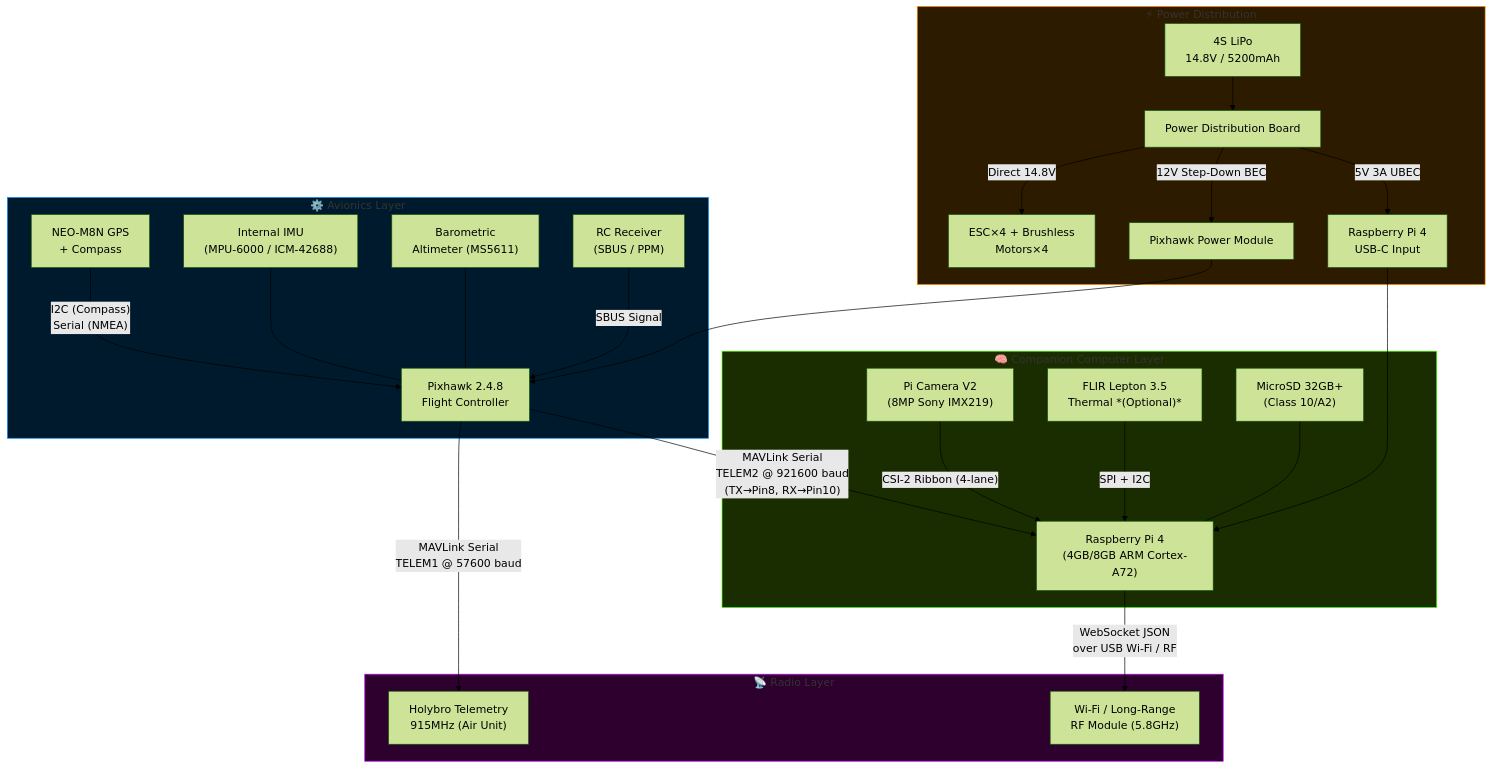
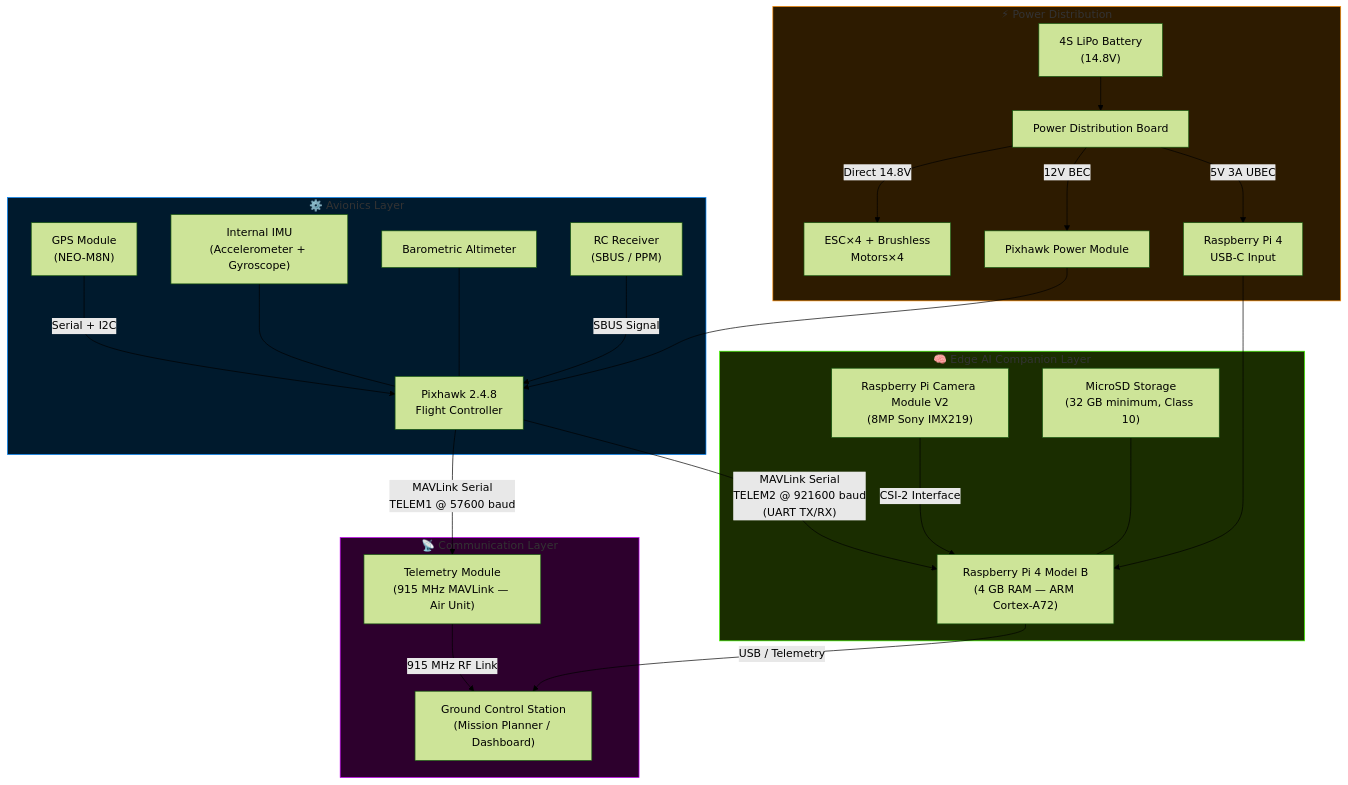
One commit to basiljosephdev/Edge-AI-Based-UAV-for-Intelligent-Fire-Detection-Victim-Prioritization changed the second of 4 diagrams in Architecture.md. Above: the diagram before and after it, drawn with Mermaid (forest theme). The commit also changed other lines of this file, not shown here.

First line of the commit message:
docs: rewrite Architecture.md to v2.0 with CVPE as primary contribution

````diff
--- a/Architecture.md
+++ b/Architecture.md
@@ -74,41 +101,40 @@
 ```mermaid
 graph TD
     subgraph POWER["⚡ Power Distribution"]
-        BAT["4S LiPo\n14.8V / 5200mAh"] --> PDB["Power Distribution Board"]
+        BAT["4S LiPo Battery\n(14.8V)"] --> PDB["Power Distribution Board"]
         PDB -->|"Direct 14.8V"| ESC["ESC×4 + Brushless\nMotors×4"]
-        PDB -->|"12V Step-Down BEC"| PIX_PWR["Pixhawk Power Module"]
+        PDB -->|"12V BEC"| PIX_PWR["Pixhawk Power Module"]
         PDB -->|"5V 3A UBEC"| PI_PWR["Raspberry Pi 4\nUSB-C Input"]
     end
 
     subgraph AVIONICS["⚙️ Avionics Layer"]
         PIX["Pixhawk 2.4.8\nFlight Controller"]
-        GPS_MOD["NEO-M8N GPS\n+ Compass"] -->|"I2C (Compass)\nSerial (NMEA)"| PIX
-        IMU["Internal IMU\n(MPU-6000 / ICM-42688)"] --- PIX
-        BAR["Barometric\nAltimeter (MS5611)"] --- PIX
+        GPS_MOD["GPS Module\n(NEO-M8N)"] -->|"Serial + I2C"| PIX
+        IMU["Internal IMU\n(Accelerometer + Gyroscope)"] --- PIX
+        BAR["Barometric Altimeter"] --- PIX
         RCX["RC Receiver\n(SBUS / PPM)"] -->|"SBUS Signal"| PIX
         PIX_PWR --> PIX
     end
 
-    subgraph COMPANION["🧠 Companion Computer Layer"]
-        RPI["Raspberry Pi 4\n(4GB/8GB ARM Cortex-A72)"]
-        CAM["Pi Camera V2\n(8MP Sony IMX219)"] -->|"CSI-2 Ribbon (4-lane)"| RPI
-        FLIR["FLIR Lepton 3.5\nThermal *(Optional)*"] -->|"SPI + I2C"| RPI
-        SD["MicroSD 32GB+\n(Class 10/A2)"] --- RPI
+    subgraph COMPANION["🧠 Edge AI Companion Layer"]
+        RPI["Raspberry Pi 4 Model B\n(4 GB RAM — ARM Cortex-A72)"]
+        CAM["Raspberry Pi Camera Module V2\n(8MP Sony IMX219)"] -->|"CSI-2 Interface"| RPI
+        SD["MicroSD Storage\n(32 GB minimum, Class 10)"] --- RPI
         PI_PWR --> RPI
     end
 
-    subgraph RF_LAYER["📡 Radio Layer"]
-        TELEM["Holybro Telemetry\n915MHz (Air Unit)"]
-        WIFI["Wi-Fi / Long-Range\nRF Module (5.8GHz)"]
+    subgraph RF_LAYER["📡 Communication Layer"]
+        TELEM["Telemetry Module\n(915 MHz MAVLink — Air Unit)"]
+        GND_STATION["Ground Control Station\n(Mission Planner / Dashboard)"]
     end
 
-    %% Cross-layer connections
     PIX -->|"MAVLink Serial\nTELEM1 @ 57600 baud"| TELEM
-    PIX -->|"MAVLink Serial\nTELEM2 @ 921600 baud\n(TX→Pin8, RX→Pin10)"| RPI
-    RPI -->|"WebSocket JSON\nover USB Wi-Fi / RF"| WIFI
+    PIX -->|"MAVLink Serial\nTELEM2 @ 921600 baud\n(UART TX/RX)"| RPI
+    TELEM -->|"915 MHz RF Link"| GND_STATION
+    RPI -->|"USB / Telemetry"| GND_STATION
 
     style POWER fill:#2d1b00,stroke:#ff8c00
     style AVIONICS fill:#001a2d,stroke:#0088ff
     style COMPANION fill:#1a2d00,stroke:#44ff00
     style RF_LAYER fill:#2d002d,stroke:#cc00ff
 ```
````
